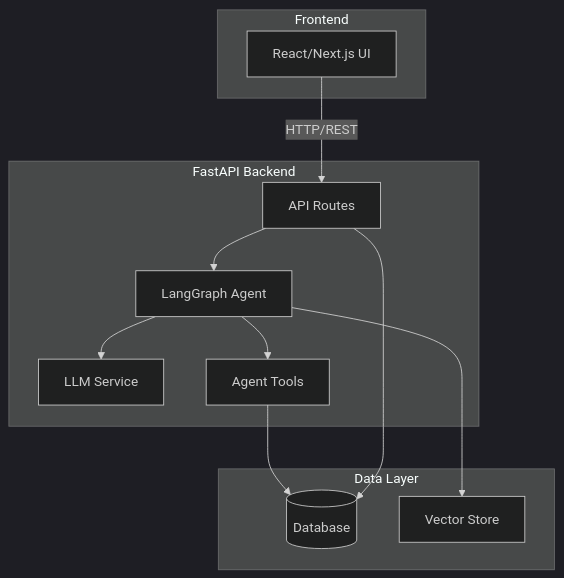
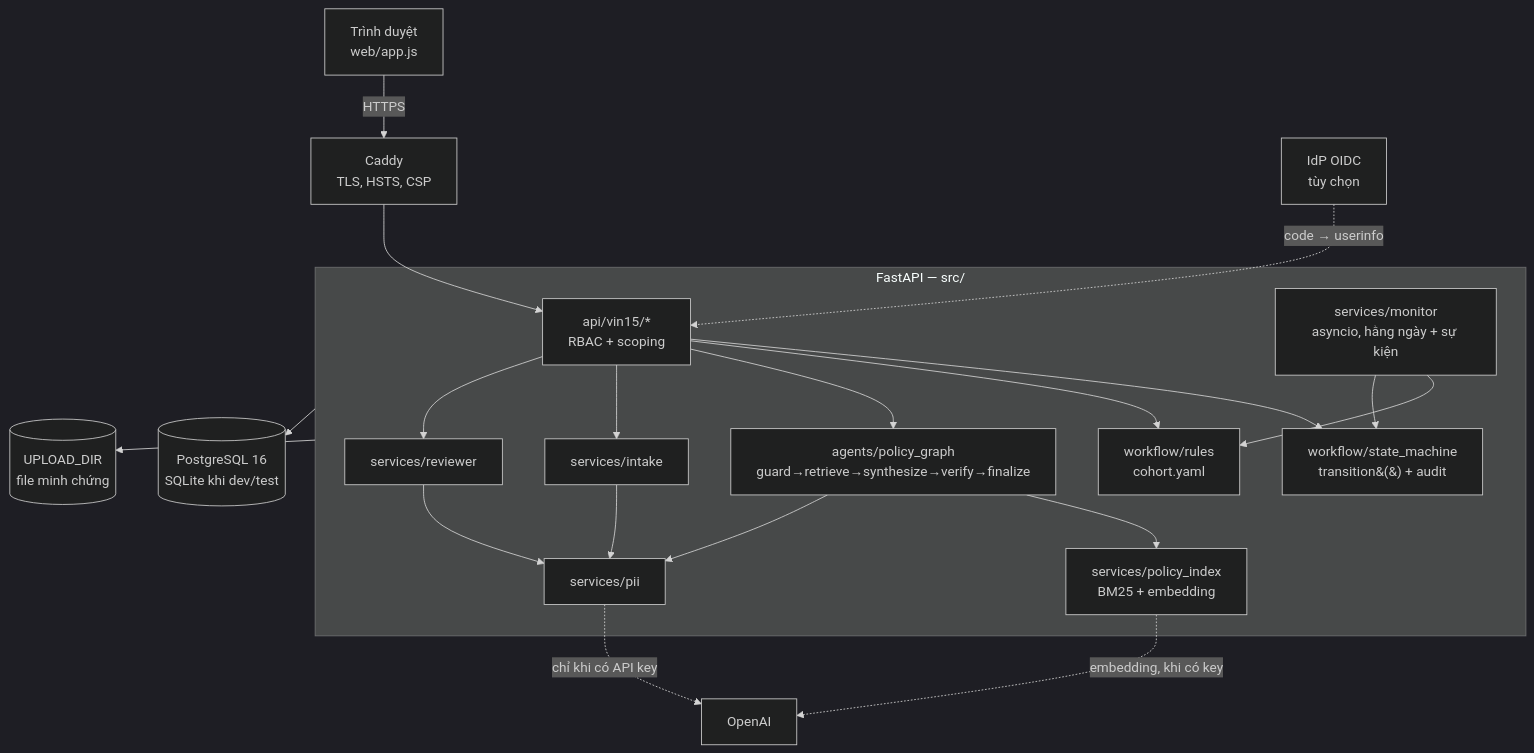
One commit to hoangnam2612/mini-agent-studio changed the first of 2 diagrams in ARCHITECTURE.md. Above: the diagram before and after it, drawn with Mermaid (dark theme). The commit also changed other lines of this file and 82 other files, not shown here.

````diff
--- a/ARCHITECTURE.md
+++ b/ARCHITECTURE.md
@@ -9,26 +13,25 @@
 ```mermaid
 graph TB
-    subgraph Frontend
-        UI[React/Next.js UI]
+    Browser[Trình duyệt<br/>web/app.js] -->|HTTPS| Caddy[Caddy<br/>TLS, HSTS, CSP]
+    IdP[IdP OIDC<br/>tùy chọn] -.->|code → userinfo| API
+    Caddy --> API
+
+    subgraph Backend[FastAPI — src/]
+        API[api/vin15/*<br/>RBAC + scoping] --> WF[workflow/state_machine<br/>transition&#40;&#41; + audit]
+        API --> Rules[workflow/rules<br/>cohort.yaml]
+        API --> Agent[agents/policy_graph<br/>guard→retrieve→synthesize→verify→finalize]
+        API --> Intake[services/intake]
+        API --> Reviewer[services/reviewer]
+        Monitor[services/monitor<br/>asyncio, hằng ngày + sự kiện] --> Rules
+        Monitor --> WF
+        Agent --> Index[services/policy_index<br/>BM25 + embedding]
+        Agent --> PII[services/pii]
+        Intake --> PII
+        Reviewer --> PII
     end
 
-    subgraph Backend[FastAPI Backend]
-        API[API Routes]
-        Agent[LangGraph Agent]
-        LLM[LLM Service]
-        Tools[Agent Tools]
-    end
-
-    subgraph Data[Data Layer]
-        DB[(Database)]
-        Vector[Vector Store]
-    end
-
-    UI -->|HTTP/REST| API
-    API --> Agent
-    Agent --> LLM
-    Agent --> Tools
-    Agent --> Vector
-    Tools --> DB
-    API --> DB
+    PII -.->|chỉ khi có API key| LLM[OpenAI]
+    Index -.->|embedding, khi có key| LLM
+    Backend --> DB[(PostgreSQL 16<br/>SQLite khi dev/test)]
+    Backend --> Files[(UPLOAD_DIR<br/>file minh chứng)]
 ```
````
